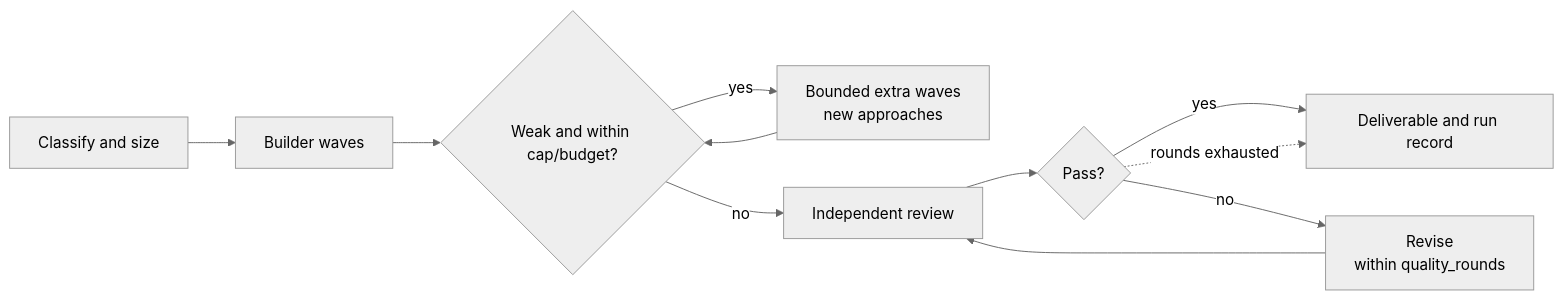
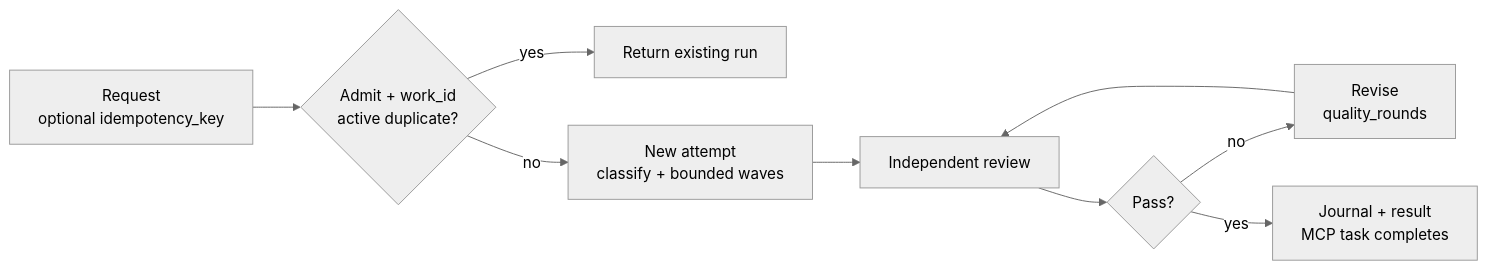
Before and after one commit to StanyMwamba/crewforeman-mcp: the first of 2 diagrams in README.md, drawn with Mermaid (neutral theme). The commit also changed other lines of this file and 27 other files, not shown here.

First line of the commit message:
3.8.0: durable work identity and run journal

````diff
--- a/README.md
+++ b/README.md
@@ -5,13 +5,10 @@
 ```mermaid
 flowchart LR
-    A[Classify and size] --> B[Builder waves]
-    B --> C{Weak and within cap/budget?}
-    C -- yes --> D[Bounded extra waves<br/>new approaches]
-    C -- no --> E[Independent review]
-    D --> C
+    A[Request<br/>optional idempotency_key] --> B{Admit + work_id<br/>active duplicate?}
+    B -- yes --> R[Return existing run]
+    B -- no --> D[New attempt<br/>classify + bounded waves]
+    D --> E[Independent review]
     E --> F{Pass?}
-    F -- yes --> H[Deliverable and run record]
-    F -- no --> G[Revise<br/>within quality_rounds]
-    F -. rounds exhausted .-> H
-    G --> E
+    F -- no --> G[Revise<br/>quality_rounds] --> E
+    F -- yes --> H[Journal + result<br/>MCP task completes]
 ```
````
